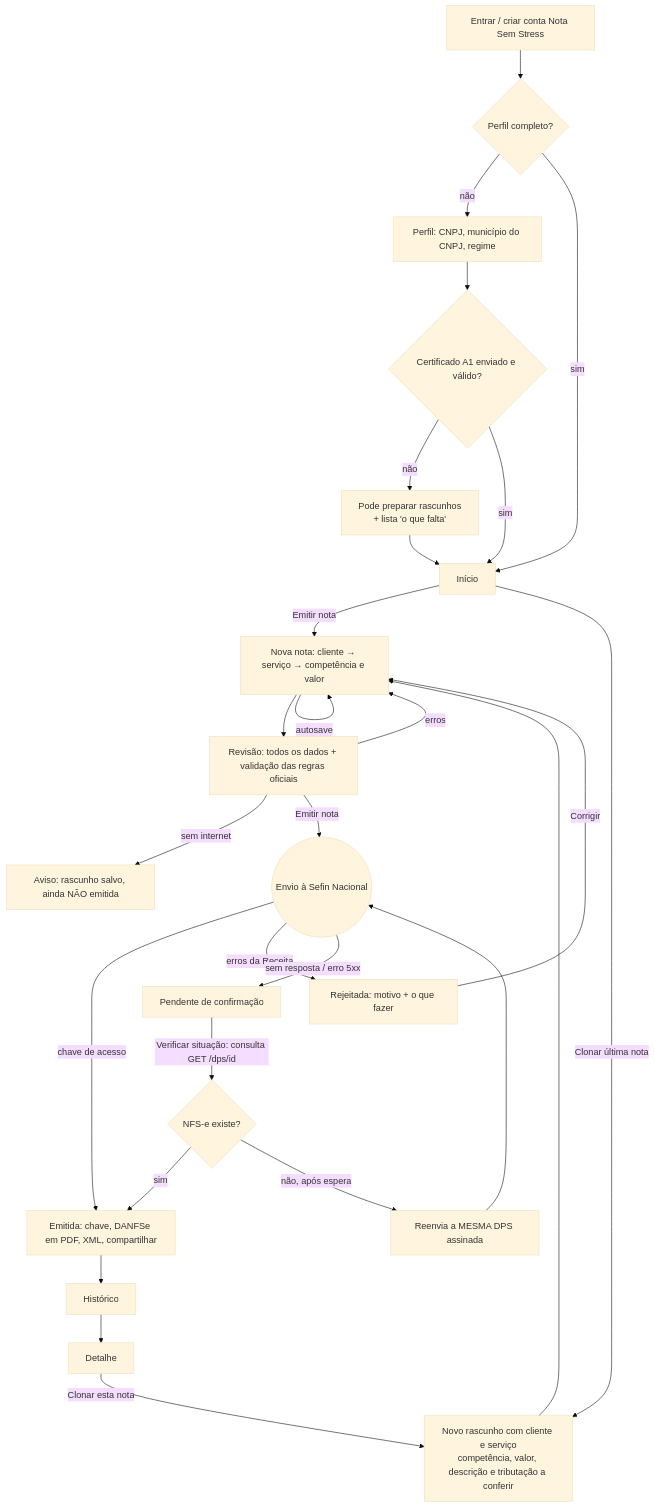
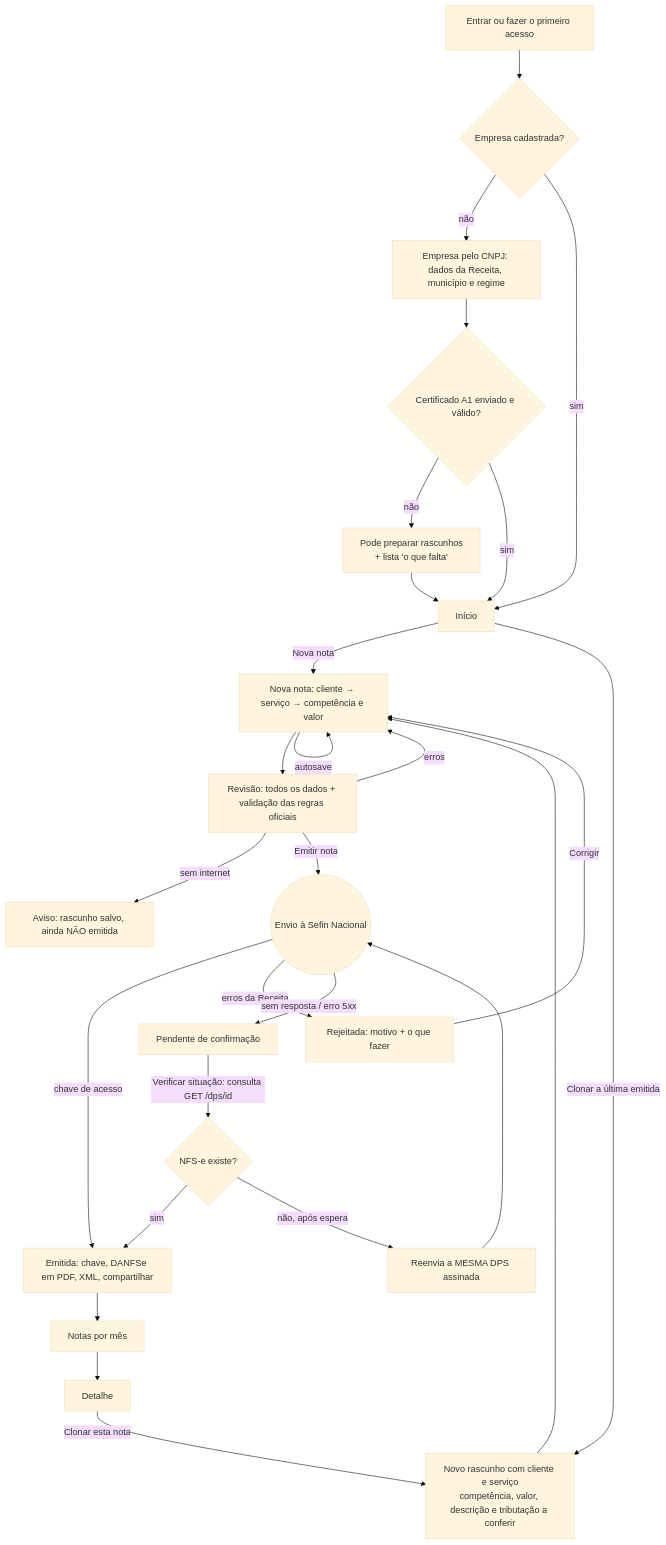
One commit to fredabsd-svg/NotaVez changed the diagram in docs/02-fluxo-e-prototipo.md. Above: the diagram before and after it, drawn with Mermaid (base theme). The commit also changed other lines of this file and 64 other files, not shown here.

````diff
--- a/docs/02-fluxo-e-prototipo.md
+++ b/docs/02-fluxo-e-prototipo.md
@@ -16,26 +16,26 @@
 ```mermaid
 flowchart TD
-  A[Entrar / criar conta Nota Sem Stress] --> B{Perfil completo?}
-  B -- não --> P[Perfil: CNPJ, município do CNPJ, regime]
+  A[Entrar ou fazer o primeiro acesso] --> B{Empresa cadastrada?}
+  B -- não --> P[Empresa pelo CNPJ: dados da Receita, município e regime]
   P --> C{Certificado A1 enviado e válido?}
   C -- não --> R0[Pode preparar rascunhos<br/>+ lista 'o que falta']
   C -- sim --> I[Início]
   B -- sim --> I
   R0 --> I
-  I -->|Emitir nota| N[Nova nota: cliente → serviço → competência e valor]
-  I -->|Clonar última nota| K[Novo rascunho com cliente e serviço<br/>competência, valor, descrição e tributação a conferir]
+  I -->|Nova nota| N[Nova nota: cliente → serviço → competência e valor]
+  I -->|Clonar a última emitida| K[Novo rascunho com cliente e serviço<br/>competência, valor, descrição e tributação a conferir]
   K --> N
   N -->|autosave| N
   N --> V[Revisão: todos os dados + validação das regras oficiais]
   V -->|erros| N
   V -->|sem internet| OFF[Aviso: rascunho salvo, ainda NÃO emitida]
   V -->|Emitir nota| E((Envio à Sefin Nacional))
   E -->|chave de acesso| OK[Emitida: chave, DANFSe em PDF, XML, compartilhar]
   E -->|erros da Receita| REJ[Rejeitada: motivo + o que fazer]
   REJ -->|Corrigir| N
   E -->|sem resposta / erro 5xx| PEN[Pendente de confirmação]
   PEN -->|Verificar situação: consulta GET /dps/id| E2{NFS-e existe?}
   E2 -- sim --> OK
   E2 -- não, após espera --> RE[Reenvia a MESMA DPS assinada] --> E
-  OK --> H[Histórico] --> D[Detalhe] -->|Clonar esta nota| K
+  OK --> H[Notas por mês] --> D[Detalhe] -->|Clonar esta nota| K
 ```
````
